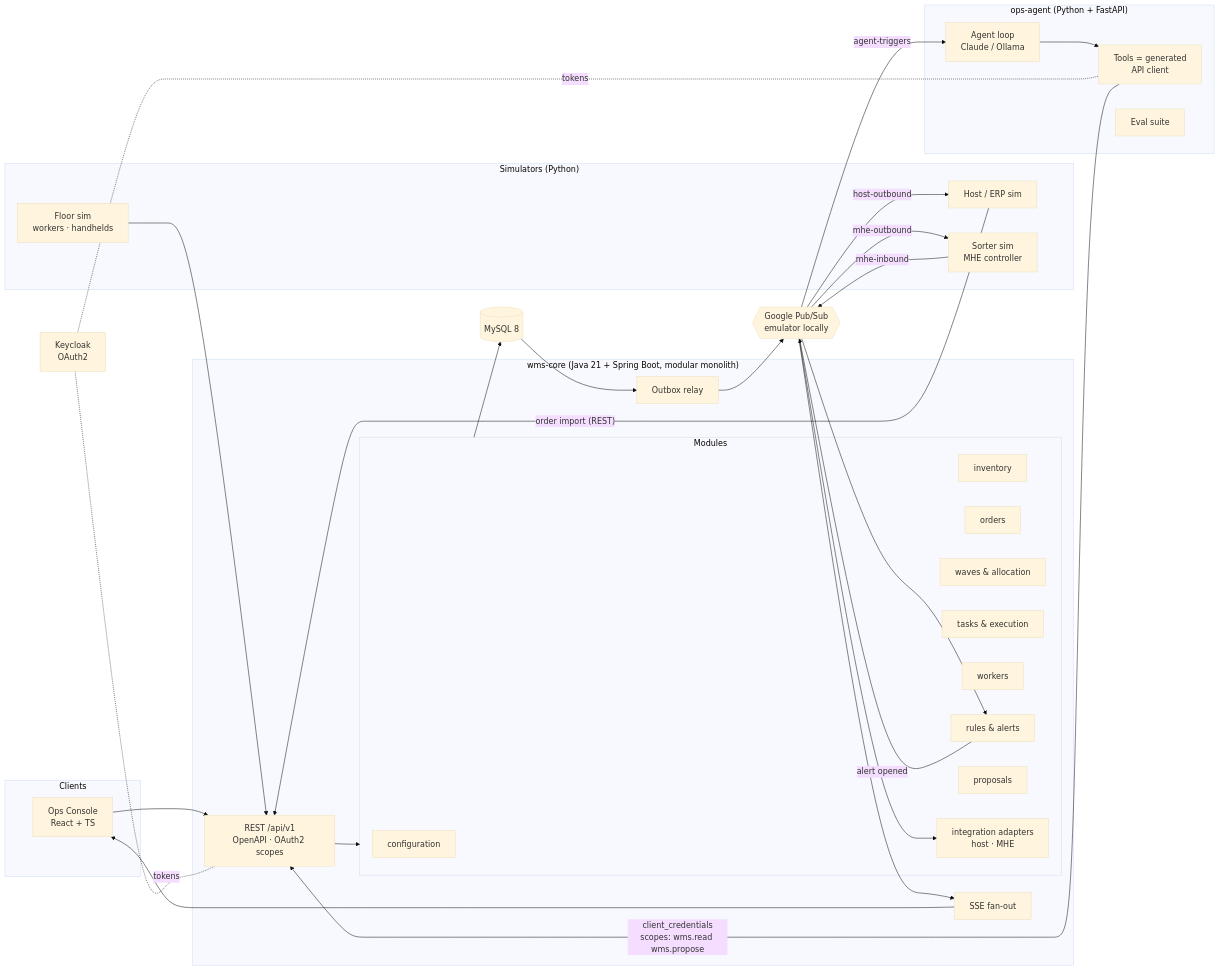
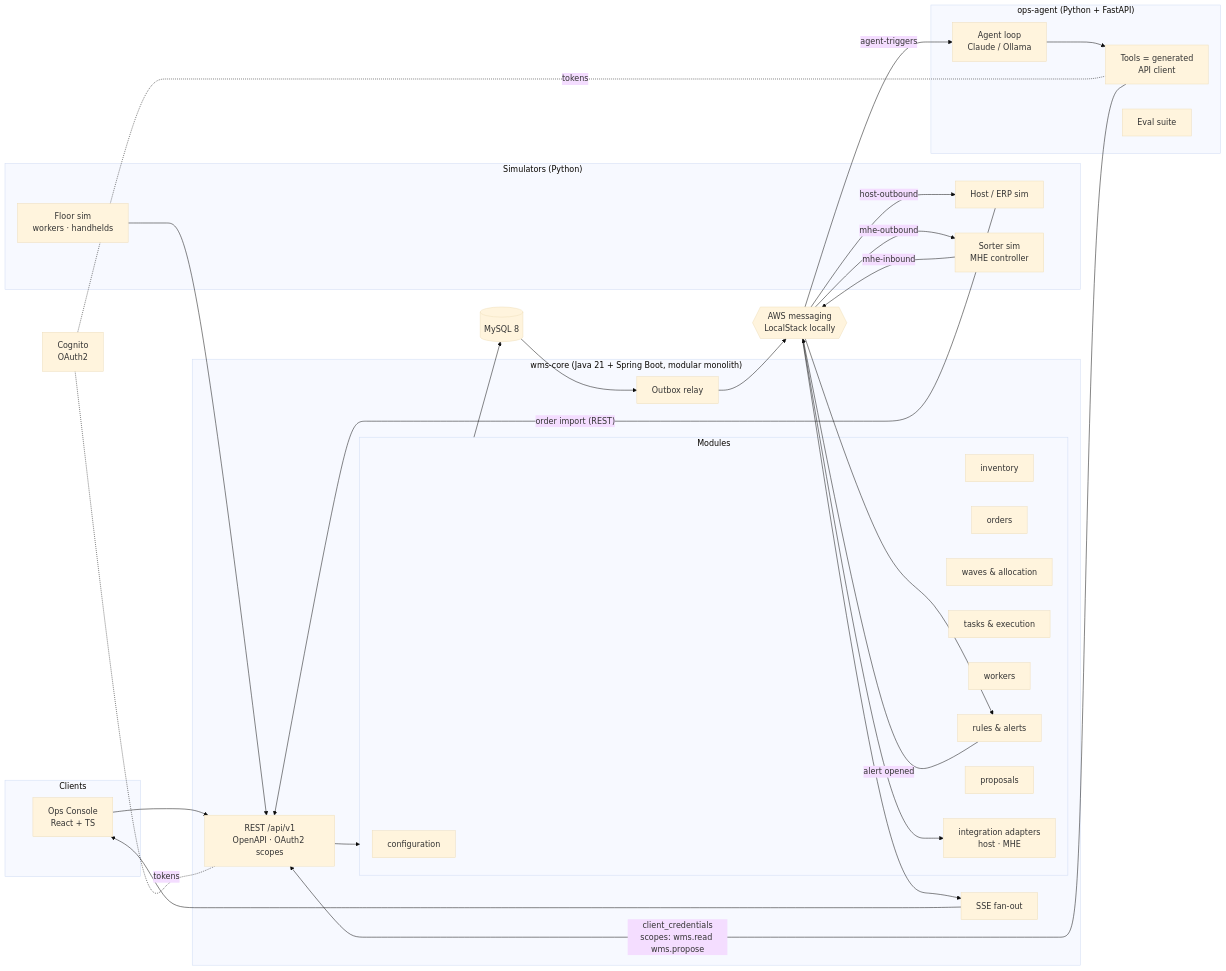
Before and after one commit to 2u5hi/cloud-wms-agentic-ai: the first of 2 diagrams in docs/DESIGN.md, drawn with Mermaid (base theme). The commit also changed other lines of this file and 8 other files, not shown here.

````diff
--- a/docs/DESIGN.md
+++ b/docs/DESIGN.md
@@ -104,54 +107,54 @@
 ```mermaid
 flowchart LR
   subgraph Clients
     WEB[Ops Console<br/>React + TS]
   end
 
   subgraph SIMS["Simulators (Python)"]
     FLOOR[Floor sim<br/>workers · handhelds]
     HOST[Host / ERP sim]
     MHE[Sorter sim<br/>MHE controller]
   end
 
   subgraph CORE["wms-core (Java 21 + Spring Boot, modular monolith)"]
     HTTP[REST /api/v1<br/>OpenAPI · OAuth2 scopes]
     subgraph Modules
       CFG[configuration]
       INV[inventory]
       ORD[orders]
       WAV[waves & allocation]
       TSK[tasks & execution]
       LAB[workers]
       ALR[rules & alerts]
       PRP[proposals]
       INT[integration adapters<br/>host · MHE]
     end
     RELAY[Outbox relay]
     SSE[SSE fan-out]
   end
 
   DB[(MySQL 8)]
-  PS{{Google Pub/Sub<br/>emulator locally}}
-  IDP[Keycloak<br/>OAuth2]
+  PS{{AWS messaging<br/>LocalStack locally}}
+  IDP[Cognito<br/>OAuth2]
 
   subgraph AGENT["ops-agent (Python + FastAPI)"]
     LOOP[Agent loop<br/>Claude / Ollama]
     TOOLS[Tools = generated<br/>API client]
     EVAL[Eval suite]
   end
 
   WEB --> HTTP
   FLOOR --> HTTP
   HOST -- "order import (REST)" --> HTTP
   HTTP --> Modules --> DB
   DB --> RELAY --> PS
   PS --> ALR
   PS --> SSE --> WEB
   PS -- "host-outbound" --> HOST
   PS -- "mhe-outbound" --> MHE
   MHE -- "mhe-inbound" --> PS --> INT
   ALR -- "alert opened" --> PS -- "agent-triggers" --> LOOP
   LOOP --> TOOLS -- "client_credentials<br/>scopes: wms.read wms.propose" --> HTTP
   IDP -. tokens .- HTTP
   IDP -. tokens .- TOOLS
 ```
````
